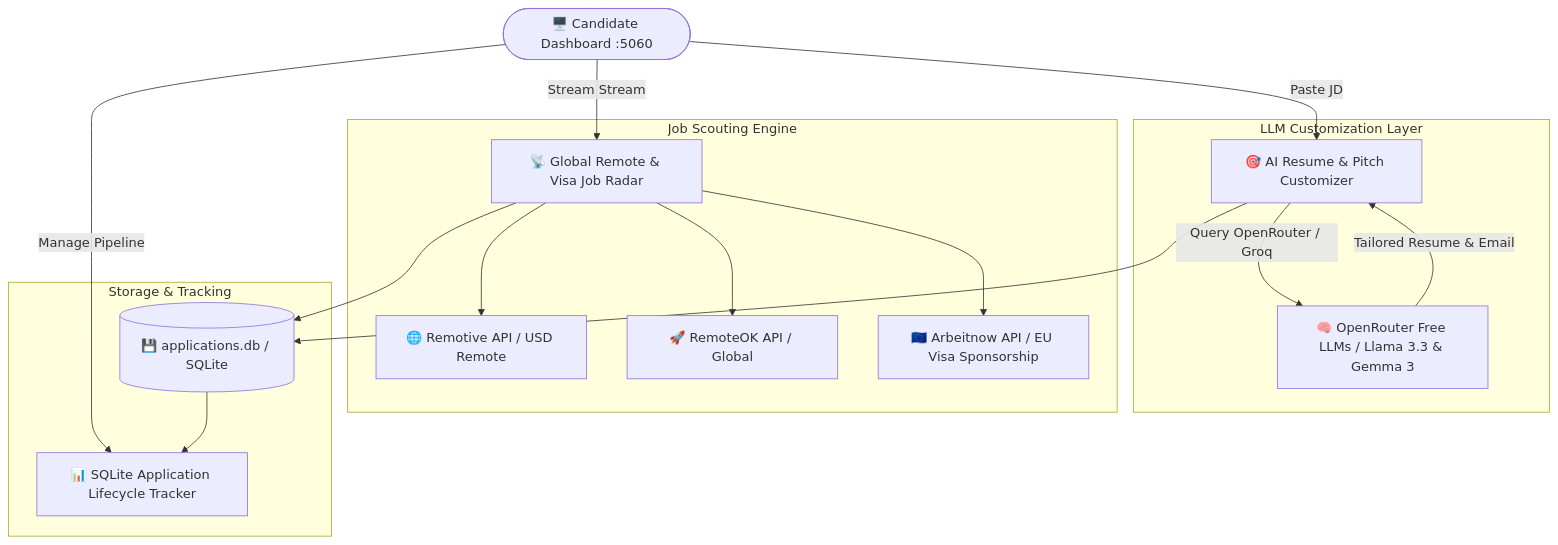
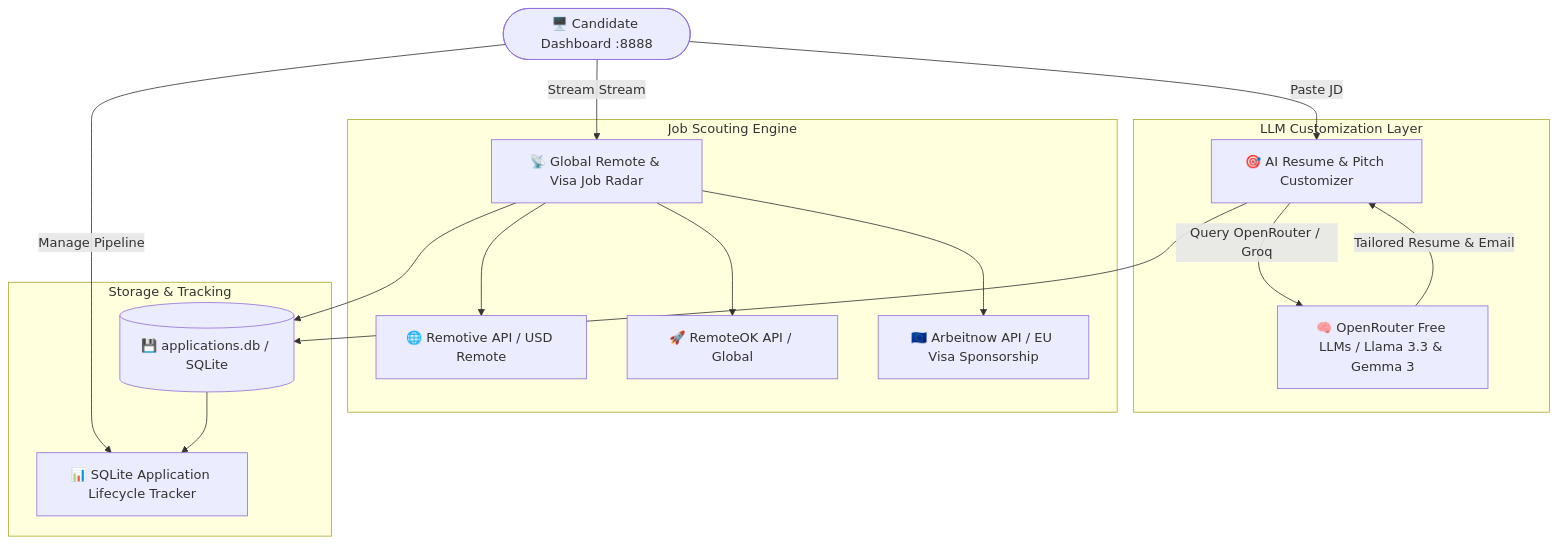
One commit to pradeepthallapelly369/GlobalCareer-AI-Engine changed the diagram in GlobalCareer-AI-Engine/README.md. Above: the diagram before and after it, drawn with Mermaid. The commit also changed other lines of this file and 10 other files, not shown here.

````diff
--- a/GlobalCareer-AI-Engine/README.md
+++ b/GlobalCareer-AI-Engine/README.md
@@ -26,22 +26,22 @@
 ```mermaid
 flowchart TD
-    User([🖥️ Candidate Dashboard :5060]) -->|Paste JD| ResOpt[🎯 AI Resume & Pitch Customizer]
+    User([🖥️ Candidate Dashboard :8888]) -->|Paste JD| ResOpt[🎯 AI Resume & Pitch Customizer]
     User -->|Stream Stream| JobRadar[📡 Global Remote & Visa Job Radar]
     User -->|Manage Pipeline| Tracker[📊 SQLite Application Lifecycle Tracker]
 
     subgraph LLM Customization Layer
         ResOpt -->|Query OpenRouter / Groq| LLM[🧠 OpenRouter Free LLMs / Llama 3.3 & Gemma 3]
         LLM -->|Tailored Resume & Email| ResOpt
     end
 
     subgraph Job Scouting Engine
         JobRadar --> Remotive[🌐 Remotive API / USD Remote]
         JobRadar --> RemoteOK[🚀 RemoteOK API / Global]
         JobRadar --> Arbeitnow[🇪🇺 Arbeitnow API / EU Visa Sponsorship]
     end
 
     subgraph Storage & Tracking
         ResOpt & JobRadar --> DB[(💾 applications.db / SQLite)]
         DB --> Tracker
     end
 ```
````
